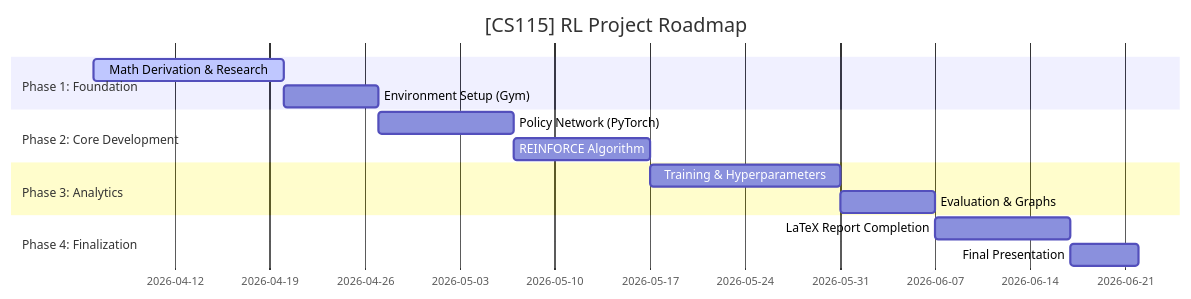
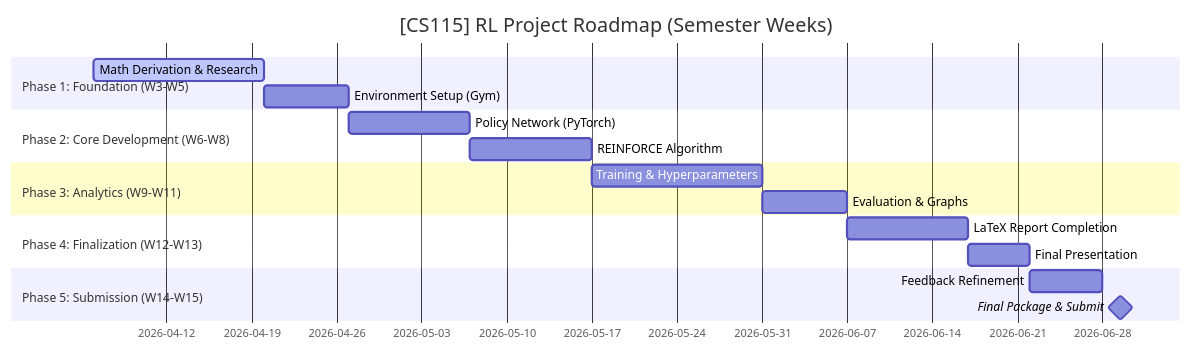
Before and after one commit to uit-25730067-chithanh/CS115-Team05-PG: the diagram in README.md, drawn with Mermaid. The commit also changed other lines of this file and 1 other file, not shown here.

Commit message:
chore: update project roadmap and submission guidelines in README

````diff
--- a/README.md
+++ b/README.md
@@ -25,17 +25,20 @@
 ```mermaid
 gantt
-    title [CS115] RL Project Roadmap
+    title [CS115] RL Project Roadmap (Semester Weeks)
     dateFormat  YYYY-MM-DD
-    section Phase 1: Foundation
+    section Phase 1: Foundation (W3-W5)
     Math Derivation & Research  :active, des1, 2026-04-06, 14d
     Environment Setup (Gym)      :des2, after des1, 7d
-    section Phase 2: Core Development
+    section Phase 2: Core Development (W6-W8)
     Policy Network (PyTorch)    :des3, after des2, 10d
     REINFORCE Algorithm         :des4, after des3, 10d
-    section Phase 3: Analytics
+    section Phase 3: Analytics (W9-W11)
     Training & Hyperparameters  :des5, after des4, 14d
     Evaluation & Graphs         :des6, after des5, 7d
-    section Phase 4: Finalization
+    section Phase 4: Finalization (W12-W13)
     LaTeX Report Completion     :des7, after des6, 10d
     Final Presentation          :des8, after des7, 5d
+    section Phase 5: Submission (W14-W15)
+    Feedback Refinement         :des9, after des8, 6d
+    Final Package & Submit      :milestone, des10, after des9, 2026-07-01
 ```
````
